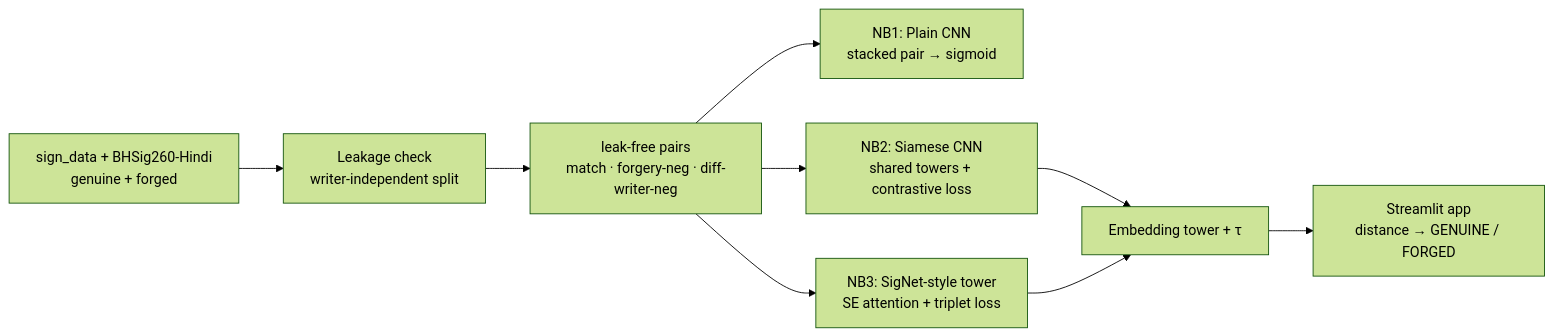
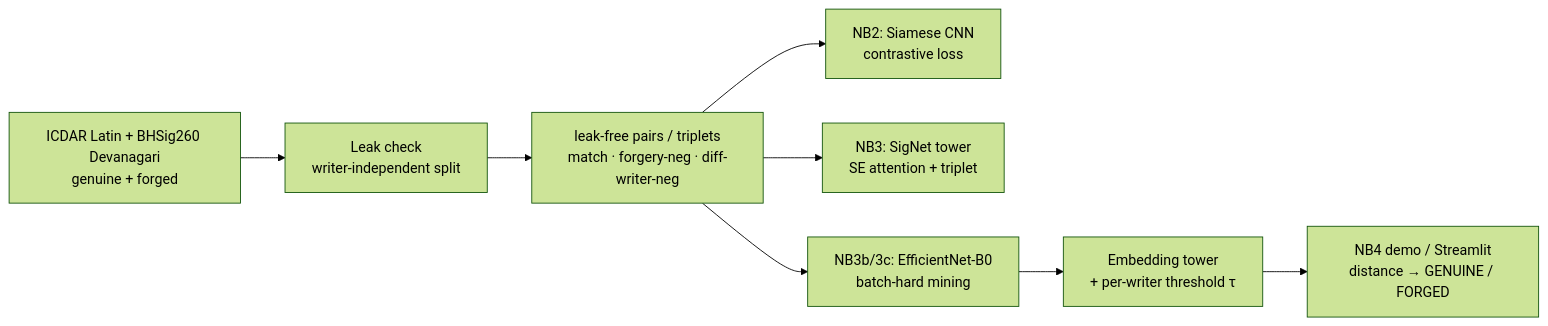
The diagram in README.md (goyashek/signature-forgery-verification), drawn with Mermaid (forest theme) before and after one commit. The commit also changed other lines of this file, not shown here.

````diff
--- a/README.md
+++ b/README.md
@@ -140,11 +200,10 @@
 ```mermaid
 flowchart LR
-    A[sign_data + BHSig260-Hindi<br/>genuine + forged] --> B[Leakage check<br/>writer-independent split]
-    B --> C[leak-free pairs<br/>match · forgery-neg · diff-writer-neg]
-    C --> D1[NB1: Plain CNN<br/>stacked pair → sigmoid]
-    C --> D2[NB2: Siamese CNN<br/>shared towers + contrastive loss]
-    C --> D3[NB3: SigNet-style tower<br/>SE attention + triplet loss]
-    D2 --> E[Embedding tower + τ]
-    D3 --> E
-    E --> F[Streamlit app<br/>distance → GENUINE / FORGED]
+    A[ICDAR Latin + BHSig260 Devanagari<br/>genuine + forged] --> B[Leak check<br/>writer-independent split]
+    B --> C[leak-free pairs / triplets<br/>match · forgery-neg · diff-writer-neg]
+    C --> D2[NB2: Siamese CNN<br/>contrastive loss]
+    C --> D3[NB3: SigNet tower<br/>SE attention + triplet]
+    C --> D4[NB3b/3c: EfficientNet-B0<br/>batch-hard mining]
+    D4 --> E[Embedding tower<br/>+ per-writer threshold τ]
+    E --> F[NB4 demo / Streamlit<br/>distance → GENUINE / FORGED]
 ```
````
